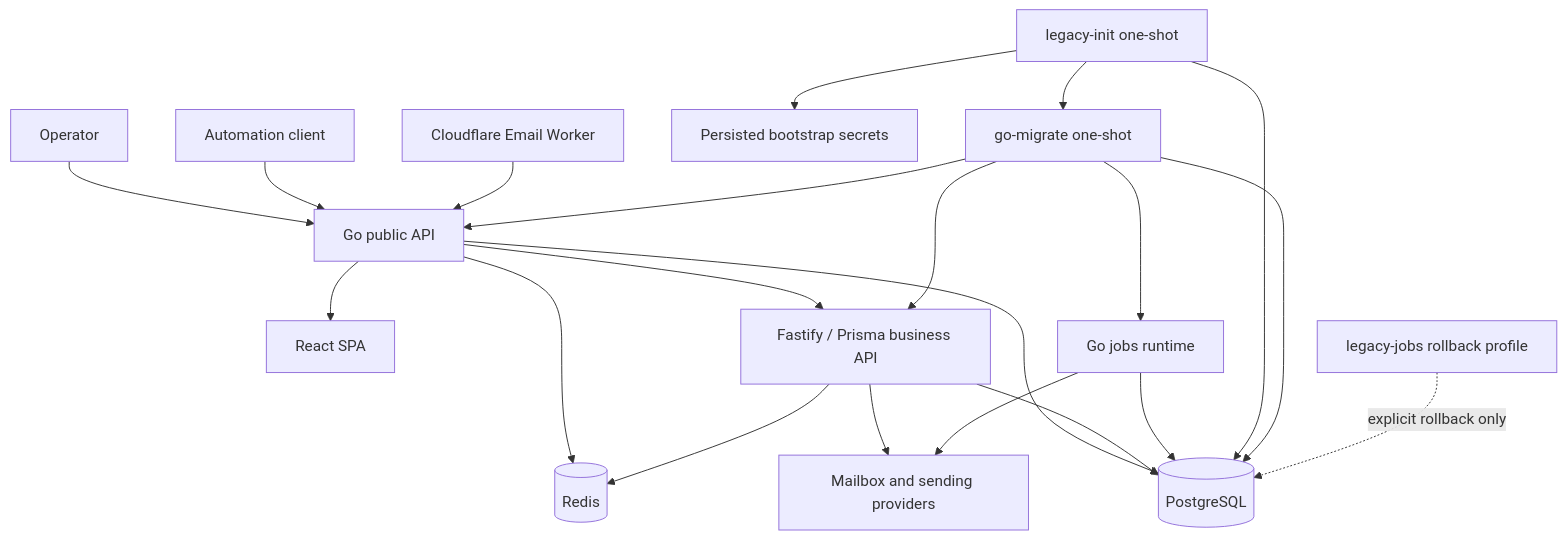
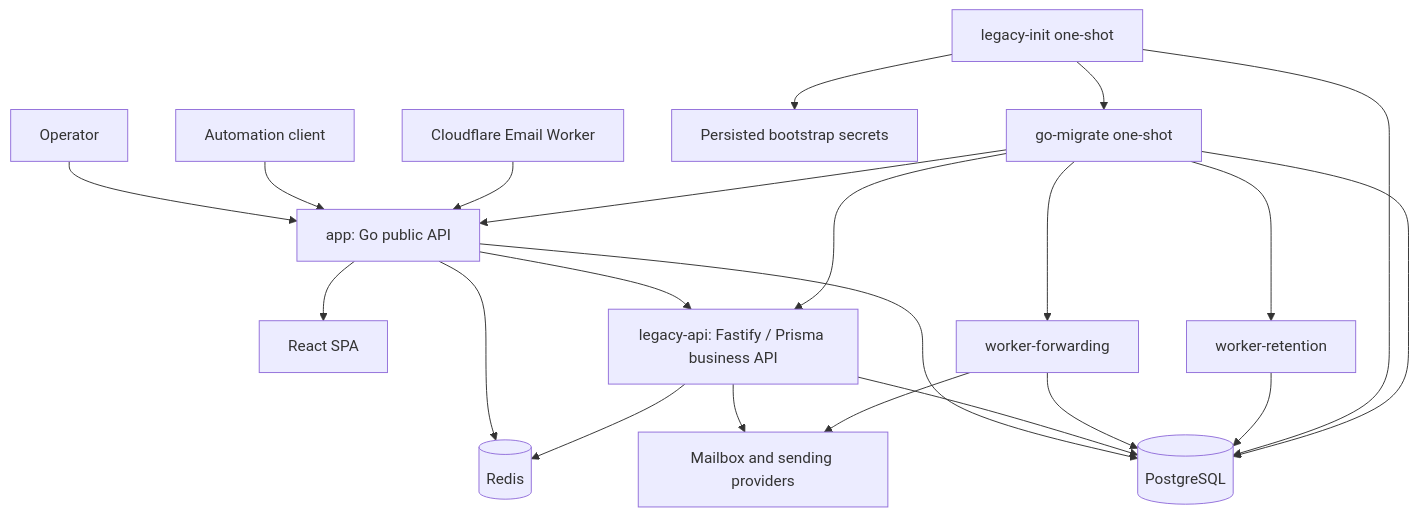
Before and after one commit to feng123-new/all-Mail: the diagram in README.md, drawn with Mermaid. The commit also changed other lines of this file, not shown here.

Commit message:
docs(readme): describe dedicated Go workers and API-only compatibility layer

````diff
--- a/README.md
+++ b/README.md
@@ -37,28 +39,28 @@
 ```mermaid
 flowchart TD
-    Operator[Operator] --> GoAPI[Go public API]
+    Operator[Operator] --> GoAPI[app: Go public API]
     Automation[Automation client] --> GoAPI
-    Worker[Cloudflare Email Worker] --> GoAPI
+    Edge[Cloudflare Email Worker] --> GoAPI
 
     GoAPI --> SPA[React SPA]
-    GoAPI --> Legacy[Fastify / Prisma business API]
+    GoAPI --> Legacy[legacy-api: Fastify / Prisma business API]
     GoAPI --> Postgres[(PostgreSQL)]
     GoAPI --> Redis[(Redis)]
 
     Legacy --> Postgres
     Legacy --> Redis
     Legacy --> Providers[Mailbox and sending providers]
 
-    GoJobs[Go jobs runtime] --> Postgres
-    GoJobs --> Providers
+    Forwarding[worker-forwarding] --> Postgres
+    Forwarding --> Providers
+    Retention[worker-retention] --> Postgres
 
     LegacyInit[legacy-init one-shot] --> Postgres
-    LegacyInit --> SecretVolume[Persisted bootstrap secrets]
+    LegacyInit --> Secrets[Persisted bootstrap secrets]
     GoMigrate[go-migrate one-shot] --> Postgres
     LegacyInit --> GoMigrate
     GoMigrate --> Legacy
     GoMigrate --> GoAPI
-    GoMigrate --> GoJobs
-
-    LegacyRollback[legacy-jobs rollback profile] -. explicit rollback only .-> Postgres
+    GoMigrate --> Forwarding
+    GoMigrate --> Retention
 ```
````
